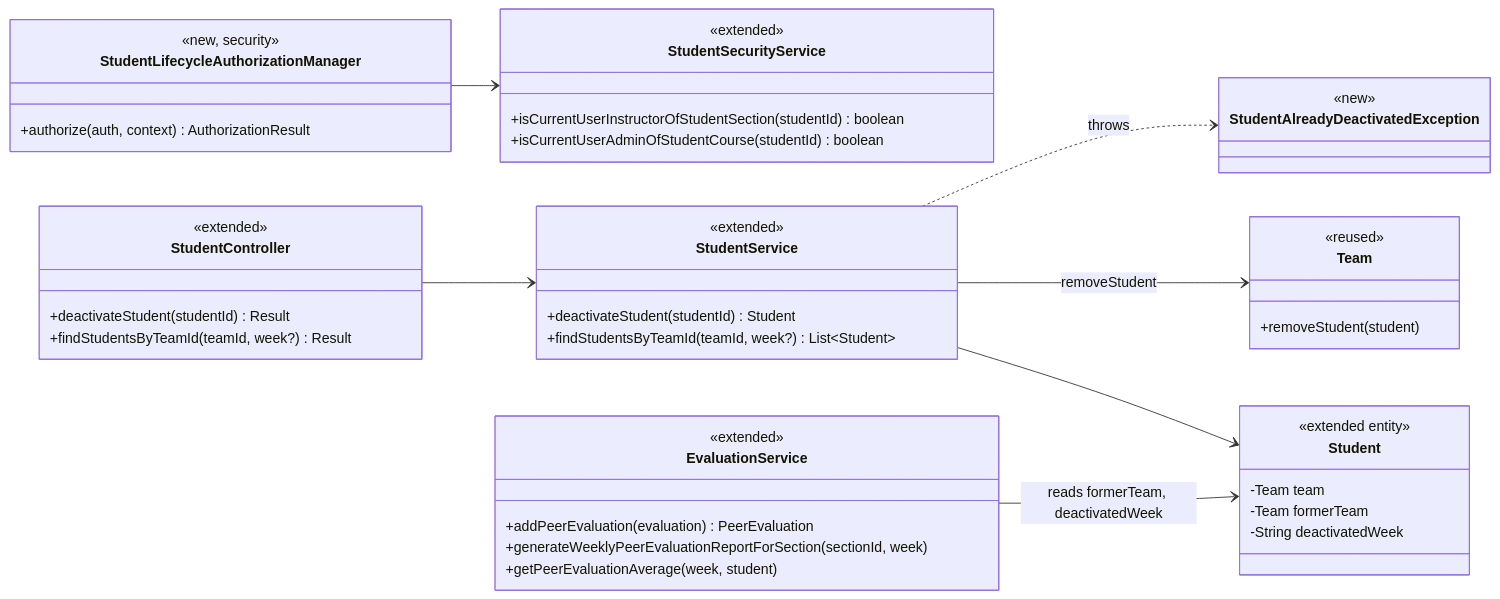
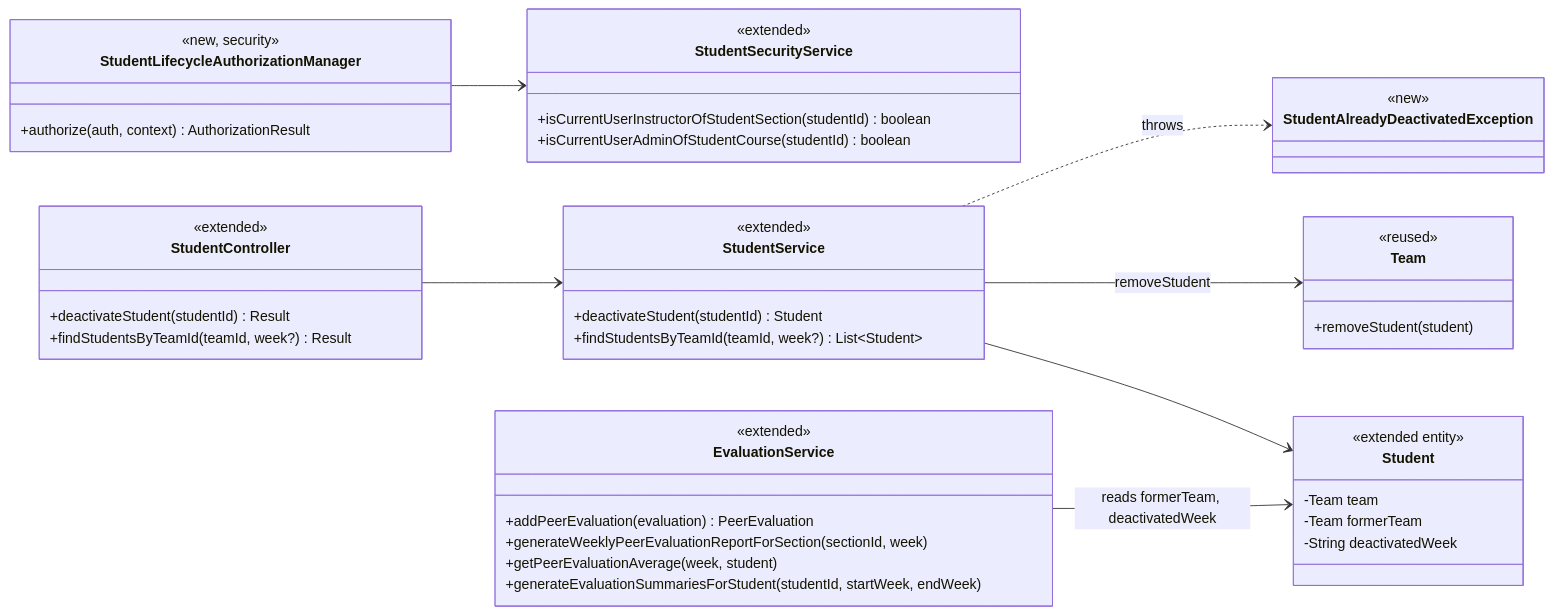
The first of 4 diagrams in docs/design/stu.md (turnerdemott/add-a-use-case), drawn with Mermaid before and after one commit. The commit also changed other lines of this file, not shown here.

````diff
--- a/docs/design/stu.md
+++ b/docs/design/stu.md
@@ -16,48 +16,49 @@
 ```mermaid
 classDiagram
     direction LR
     class StudentController {
         <<extended>>
         +deactivateStudent(studentId) Result
         +findStudentsByTeamId(teamId, week?) Result
     }
     class StudentService {
         <<extended>>
         +deactivateStudent(studentId) Student
         +findStudentsByTeamId(teamId, week?) List~Student~
     }
     class Student {
         <<extended entity>>
         -Team team
         -Team formerTeam
         -String deactivatedWeek
     }
     class StudentSecurityService {
         <<extended>>
         +isCurrentUserInstructorOfStudentSection(studentId) boolean
         +isCurrentUserAdminOfStudentCourse(studentId) boolean
     }
     class StudentLifecycleAuthorizationManager {
         <<new, security>>
         +authorize(auth, context) AuthorizationResult
     }
     class StudentAlreadyDeactivatedException {
         <<new>>
     }
     class EvaluationService {
         <<extended>>
         +addPeerEvaluation(evaluation) PeerEvaluation
         +generateWeeklyPeerEvaluationReportForSection(sectionId, week)
         +getPeerEvaluationAverage(week, student)
+        +generateEvaluationSummariesForStudent(studentId, startWeek, endWeek)
     }
     class Team {
         <<reused>>
         +removeStudent(student)
     }
     StudentController --> StudentService
     StudentService --> Student
     StudentService --> Team : removeStudent
     StudentService ..> StudentAlreadyDeactivatedException : throws
     StudentLifecycleAuthorizationManager --> StudentSecurityService
     EvaluationService --> Student : reads formerTeam, deactivatedWeek
 ```
````
